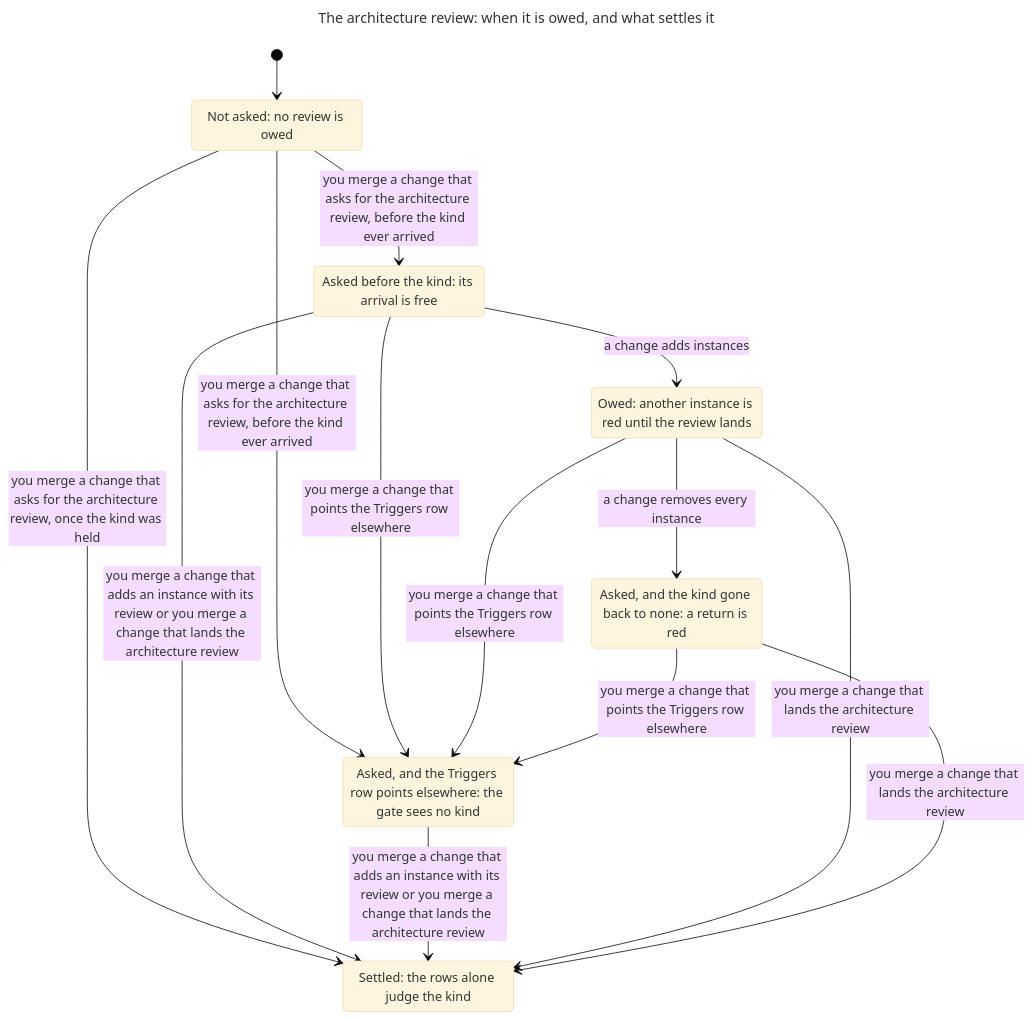
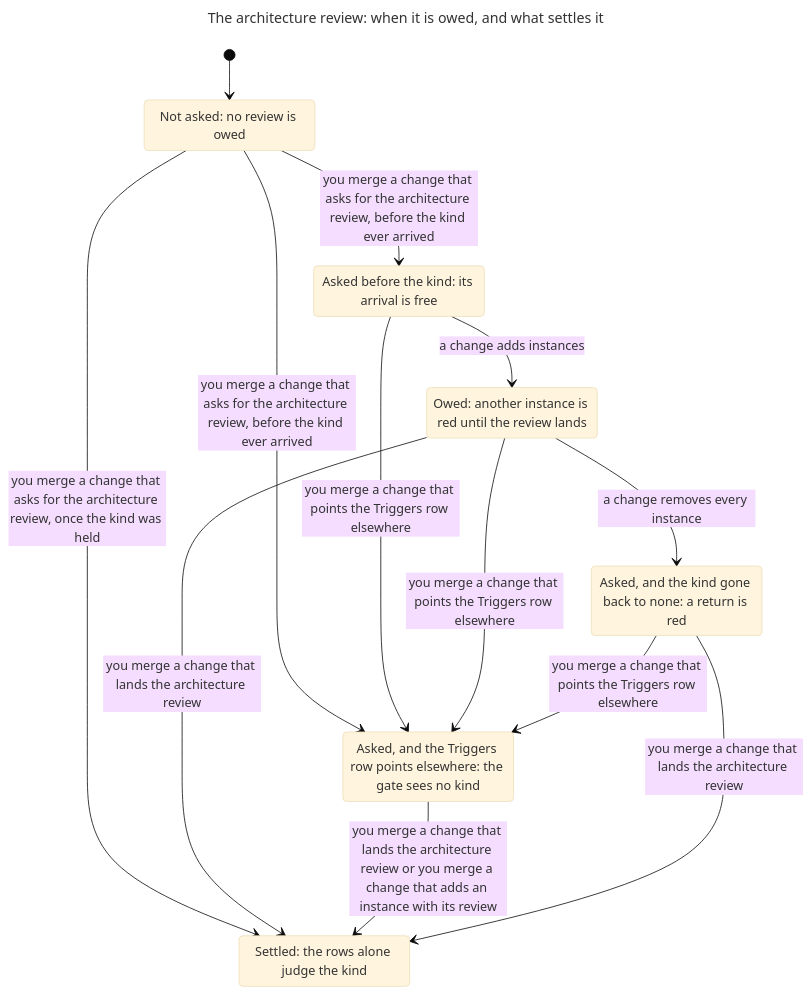
The second of 4 diagrams in docs/model/safeguard.md (Simon-GitHub-Code/ratchet), drawn with Mermaid (base theme) before and after one commit. The commit also changed other lines of this file and 5 other files, not shown here.

````diff
--- a/docs/model/safeguard.md
+++ b/docs/model/safeguard.md
@@ -152,25 +155,24 @@
 ```mermaid
 ---
 title: "The architecture review: when it is owed, and what settles it"
 ---
 stateDiagram-v2
   s0: Not asked: no review is owed
   s1: Asked before the kind: its arrival is free
   s2: Settled: the rows alone judge the kind
   s3: Asked, and the Triggers row points elsewhere: the gate sees no kind
   s4: Owed: another instance is red until the review lands
   s5: Asked, and the kind gone back to none: a return is red
   [*] --> s0
   s0 --> s1: you merge a change that asks for the architecture review, before the kind ever arrived
   s0 --> s2: you merge a change that asks for the architecture review, once the kind was held
   s0 --> s3: you merge a change that asks for the architecture review, before the kind ever arrived
-  s1 --> s2: you merge a change that adds an instance with its review or you merge a change that lands the architecture review
   s1 --> s3: you merge a change that points the Triggers row elsewhere
   s1 --> s4: a change adds instances
-  s3 --> s2: you merge a change that adds an instance with its review or you merge a change that lands the architecture review
   s4 --> s2: you merge a change that lands the architecture review
   s4 --> s3: you merge a change that points the Triggers row elsewhere
   s4 --> s5: a change removes every instance
+  s3 --> s2: you merge a change that lands the architecture review or you merge a change that adds an instance with its review
   s5 --> s2: you merge a change that lands the architecture review
   s5 --> s3: you merge a change that points the Triggers row elsewhere
 ```
````
